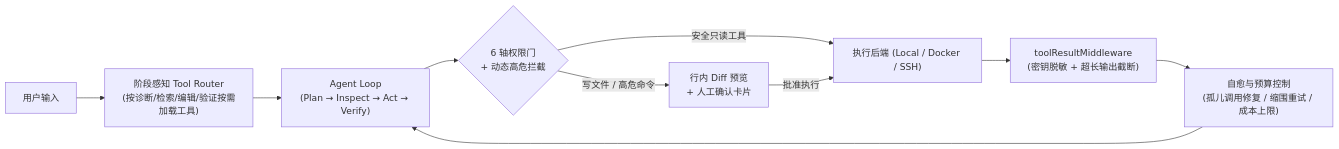
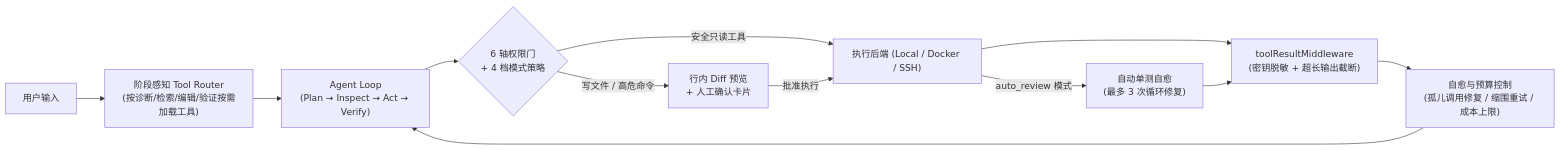
One commit to TQSY114514/Aether changed the diagram in README.zh-CN.md. Above: the diagram before and after it, drawn with Mermaid. The commit also changed other lines of this file and 19 other files, not shown here.

First line of the commit message:
docs: update radar chart calibration and complete readme feature documentation

````diff
--- a/README.zh-CN.md
+++ b/README.zh-CN.md
@@ -149,12 +175,14 @@
 ```mermaid
 flowchart LR
   Input["用户输入"] --> Router["阶段感知 Tool Router<br/>(按诊断/检索/编辑/验证按需加载工具)"]
   Router --> Loop["Agent Loop<br/>(Plan → Inspect → Act → Verify)"]
-  Loop --> Gate{"6 轴权限门<br/>+ 动态高危拦截"}
+  Loop --> Gate{"6 轴权限门<br/>+ 4 档模式策略"}
   Gate -- "安全只读工具" --> Backend["执行后端 (Local / Docker / SSH)"]
   Gate -- "写文件 / 高危命令" --> Review["行内 Diff 预览<br/>+ 人工确认卡片"]
   Review -- "批准执行" --> Backend
   Backend --> Sanitize["toolResultMiddleware<br/>(密钥脱敏 + 超长输出截断)"]
+  Backend -- "auto_review 模式" --> TDD["自动单测自愈<br/>(最多 3 次循环修复)"]
+  TDD --> Sanitize
   Sanitize --> Recovery["自愈与预算控制<br/>(孤儿调用修复 / 缩围重试 / 成本上限)"]
   Recovery --> Loop
 ```
````
